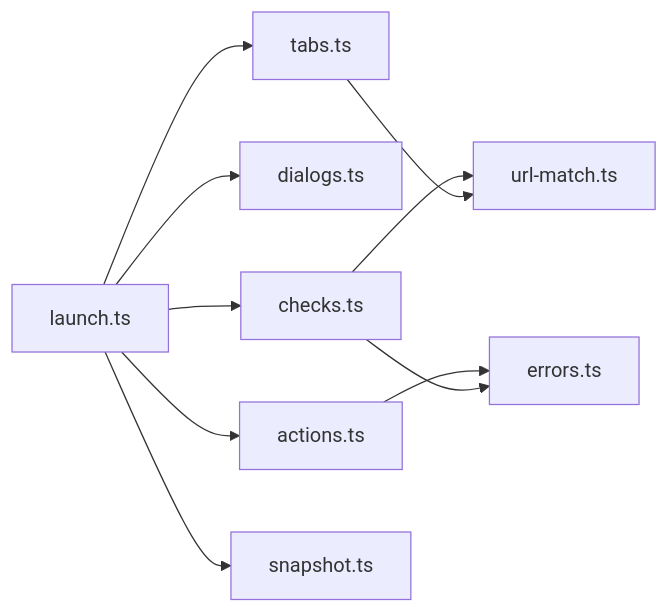
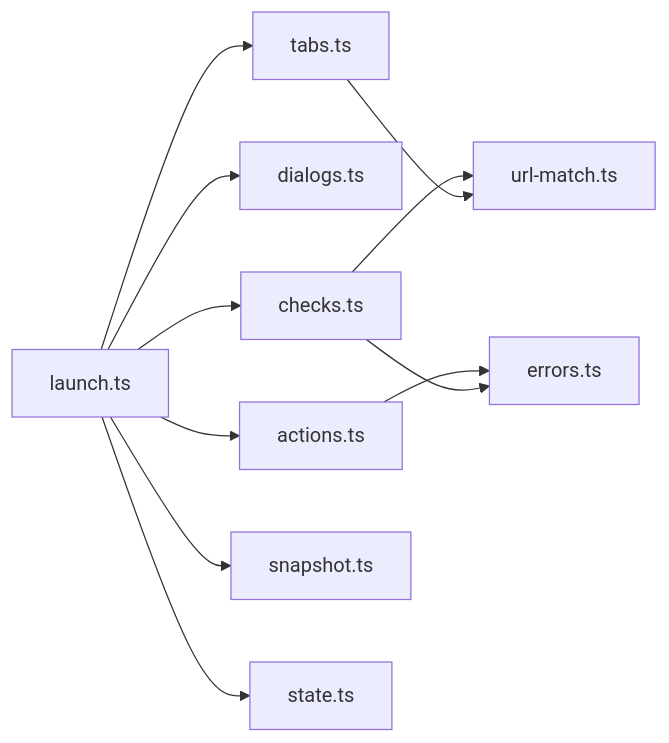
The third of 3 diagrams in docs/tech/browser-adapter.md (yike2/Jevwright), drawn with Mermaid before and after one commit. The commit also changed other lines of this file and 6 other files, not shown here.

````diff
--- a/docs/tech/browser-adapter.md
+++ b/docs/tech/browser-adapter.md
@@ -341,12 +375,13 @@
 ```mermaid
 flowchart LR
   launch[launch.ts] --> tabs[tabs.ts]
   launch --> dialogs[dialogs.ts]
   launch --> actions[actions.ts]
   launch --> checks[checks.ts]
   launch --> snapshot[snapshot.ts]
+  launch --> state[state.ts]
   actions --> errors[errors.ts]
   checks --> errors
   checks --> url[url-match.ts]
   tabs --> url
 ```
````
